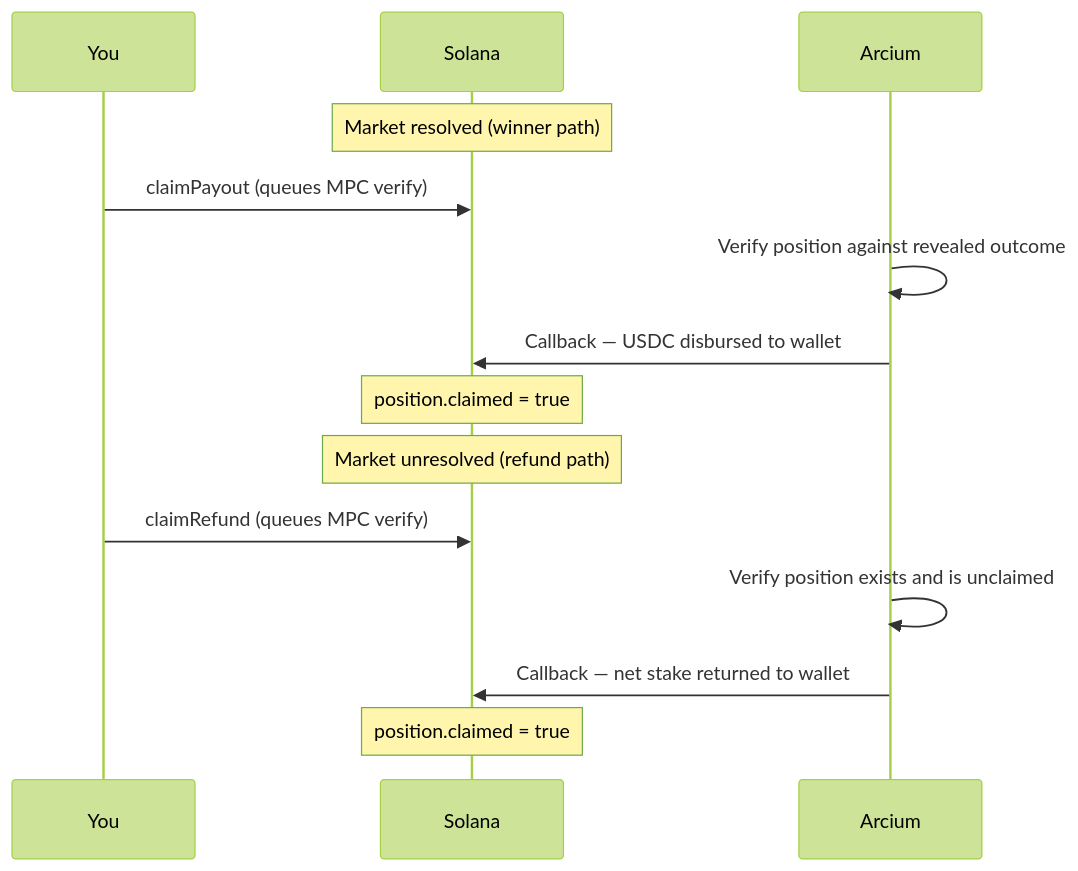
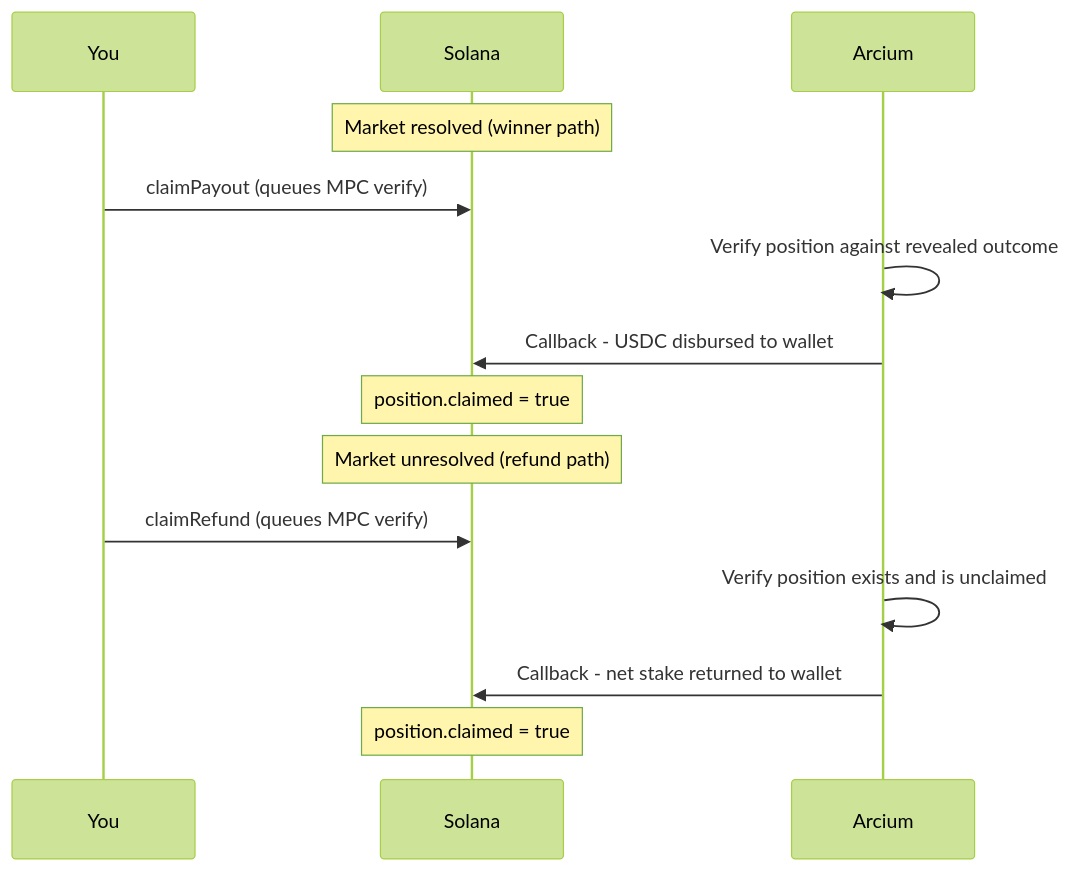
Before and after one commit to cypher-zk/docs: the diagram in sdk/actions/claims.mdx, drawn with Mermaid (forest theme). The commit also changed other lines of this file and 19 other files, not shown here.

````diff
--- a/sdk/actions/claims.mdx
+++ b/sdk/actions/claims.mdx
@@ -8,18 +8,18 @@
 ```mermaid
 sequenceDiagram
     participant U as You
     participant S as Solana
     participant A as Arcium
 
     Note over S: Market resolved (winner path)
     U->>S: claimPayout (queues MPC verify)
     A->>A: Verify position against revealed outcome
-    A->>S: Callback — USDC disbursed to wallet
+    A->>S: Callback - USDC disbursed to wallet
     Note over S: position.claimed = true
 
     Note over S: Market unresolved (refund path)
     U->>S: claimRefund (queues MPC verify)
     A->>A: Verify position exists and is unclaimed
-    A->>S: Callback — net stake returned to wallet
+    A->>S: Callback - net stake returned to wallet
     Note over S: position.claimed = true
 ```
````
